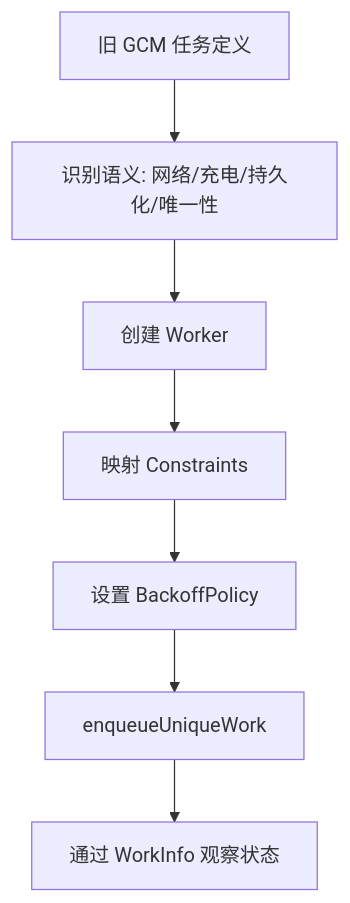
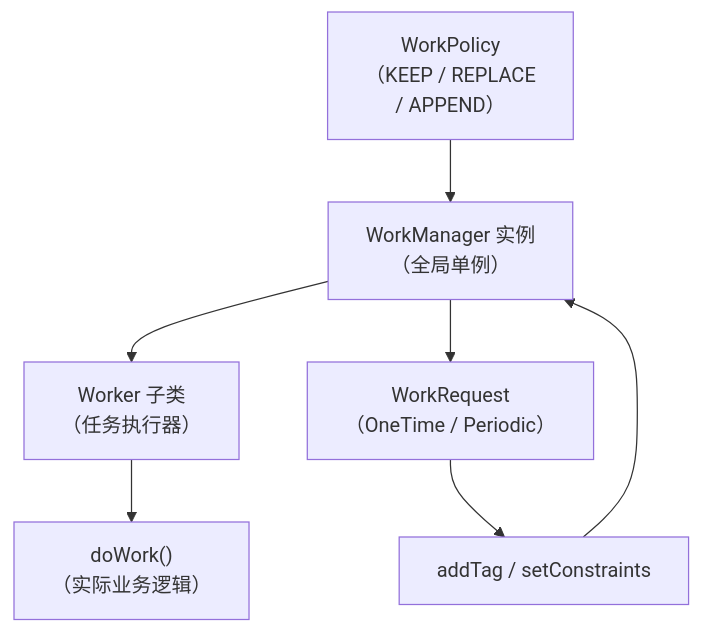
The second of 4 diagrams in AndroidDeveloperGuideStory/Contents/vol6/6.1.31 从 GCMNetworkManager 迁移到 WorkManager.md (Carrie-L/carrie-l.github.io), drawn with Mermaid before and after one commit. The commit also changed other lines of this file, not shown here.

Commit message:
feat(chapter-6.1.31): adapt GCMNetworkManager migration to WorkManager camping story

````diff
--- a/AndroidDeveloperGuideStory/Contents/vol6/6.1.31 从 GCMNetworkManager 迁移到 WorkManager.md
+++ b/AndroidDeveloperGuideStory/Contents/vol6/6.1.31 从 GCMNetworkManager 迁移到 WorkManager.md
@@ -225,9 +274,9 @@
 ```mermaid
-flowchart TD
-    A[旧 GCM 任务定义] --> B[识别语义: 网络/充电/持久化/唯一性]
-    B --> C[创建 Worker]
-    C --> D[映射 Constraints]
-    D --> E[设置 BackoffPolicy]
-    E --> F[enqueueUniqueWork]
-    F --> G[通过 WorkInfo 观察状态]
+graph TD
+    A["WorkManager 实例\n（全局单例）"] --> B["Worker 子类\n（任务执行器）"]
+    B --> C["doWork()\n（实际业务逻辑）"]
+    A --> D["WorkRequest\n（OneTime / Periodic）"]
+    D --> E["addTag / setConstraints"]
+    E --> A
+    F["WorkPolicy\n（KEEP / REPLACE\n/ APPEND）"] --> A
 ```
````
